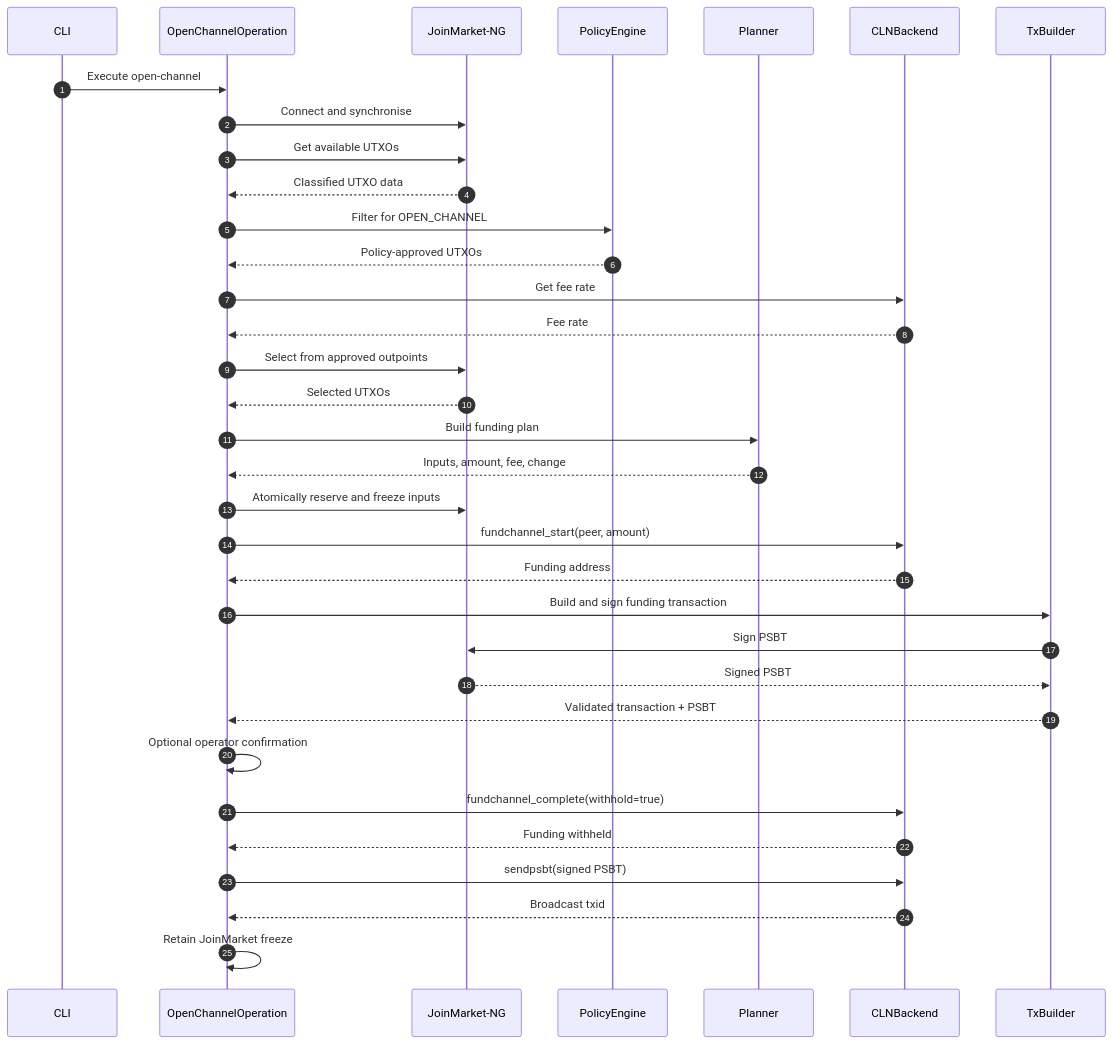
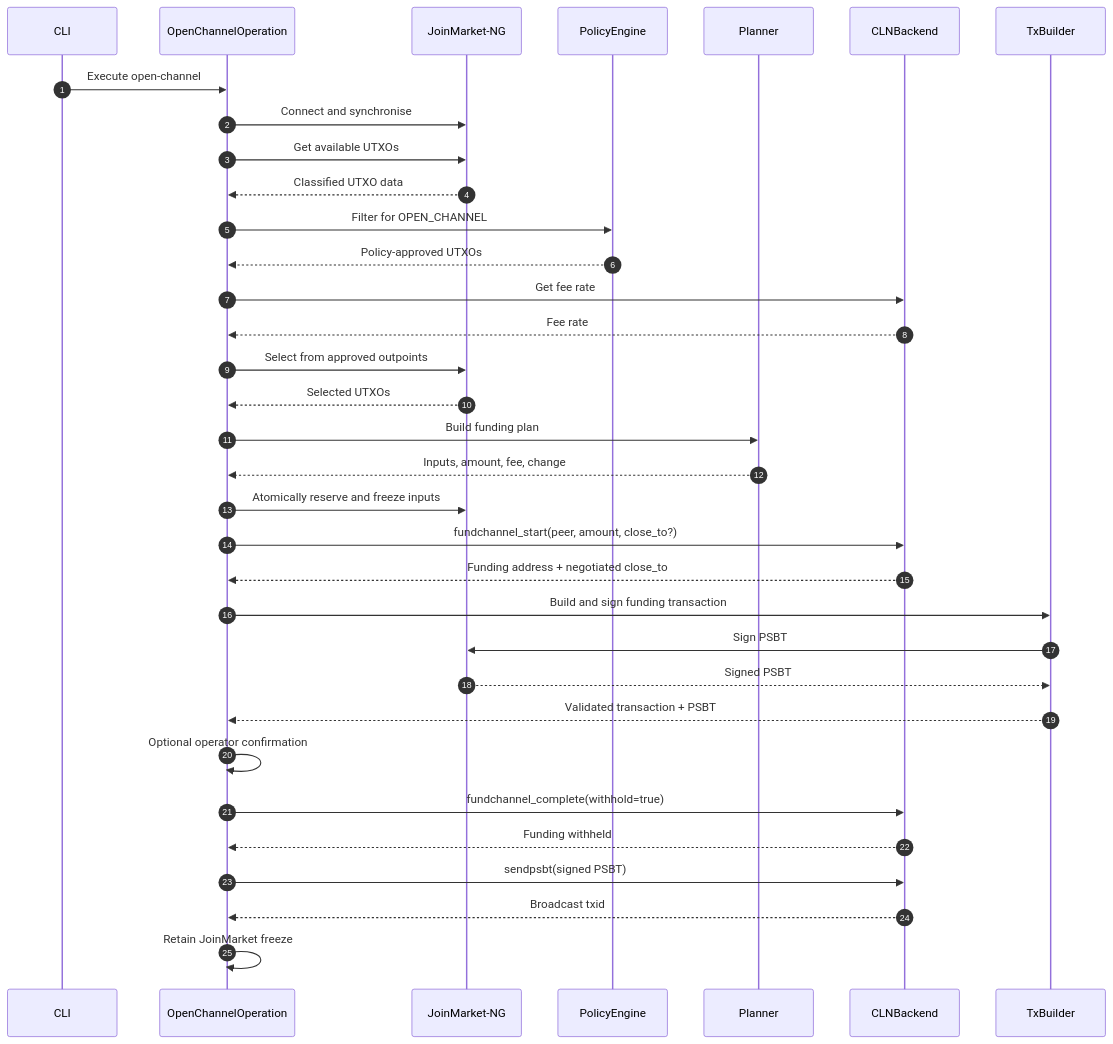
The second of 5 diagrams in README.md (aido/jmlightning), drawn with Mermaid before and after one commit. The commit also changed other lines of this file, not shown here.

Commit message:
Document close_to channel funding support

````diff
--- a/README.md
+++ b/README.md
@@ -536,37 +553,37 @@
 ```mermaid
 sequenceDiagram
     autonumber
     participant CLI
     participant OP as OpenChannelOperation
     participant JM as JoinMarket-NG
     participant P as PolicyEngine
     participant PL as Planner
     participant CLN as CLNBackend
     participant TX as TxBuilder
 
     CLI->>OP: Execute open-channel
     OP->>JM: Connect and synchronise
     OP->>JM: Get available UTXOs
     JM-->>OP: Classified UTXO data
     OP->>P: Filter for OPEN_CHANNEL
     P-->>OP: Policy-approved UTXOs
     OP->>CLN: Get fee rate
     CLN-->>OP: Fee rate
     OP->>JM: Select from approved outpoints
     JM-->>OP: Selected UTXOs
     OP->>PL: Build funding plan
     PL-->>OP: Inputs, amount, fee, change
     OP->>JM: Atomically reserve and freeze inputs
-    OP->>CLN: fundchannel_start(peer, amount)
-    CLN-->>OP: Funding address
+    OP->>CLN: fundchannel_start(peer, amount, close_to?)
+    CLN-->>OP: Funding address + negotiated close_to
     OP->>TX: Build and sign funding transaction
     TX->>JM: Sign PSBT
     JM-->>TX: Signed PSBT
     TX-->>OP: Validated transaction + PSBT
     OP->>OP: Optional operator confirmation
     OP->>CLN: fundchannel_complete(withhold=true)
     CLN-->>OP: Funding withheld
     OP->>CLN: sendpsbt(signed PSBT)
     CLN-->>OP: Broadcast txid
     OP->>OP: Retain JoinMarket freeze
 ```
````
